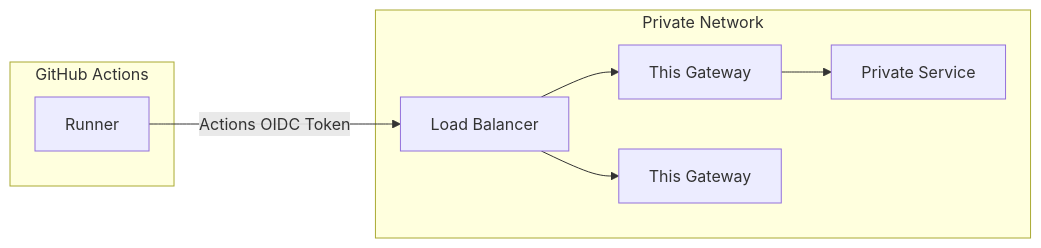
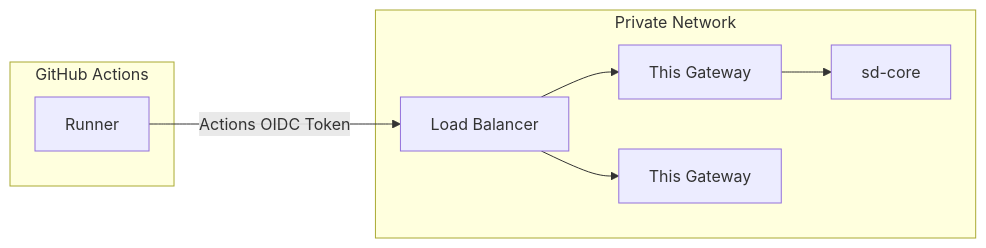
The diagram in README.md (Slickdeals/actions-oidc-gateway-slickdeals), drawn with Mermaid before and after one commit. The commit also changed other lines of this file and 3 other files, not shown here.

````diff
--- a/README.md
+++ b/README.md
@@ -32,13 +38,13 @@
 ```mermaid
 flowchart LR
     Runner-->|Actions OIDC Token| LB
     subgraph GitHub Actions
     Runner[Runner]
     end
     subgraph Private Network
     LB[Load Balancer]
     LB-->G1[This Gateway]
     LB-->G2[This Gateway]
-    G1-->PS[Private Service]
+    G1-->PS[sd-core]
     end
 ```
````
